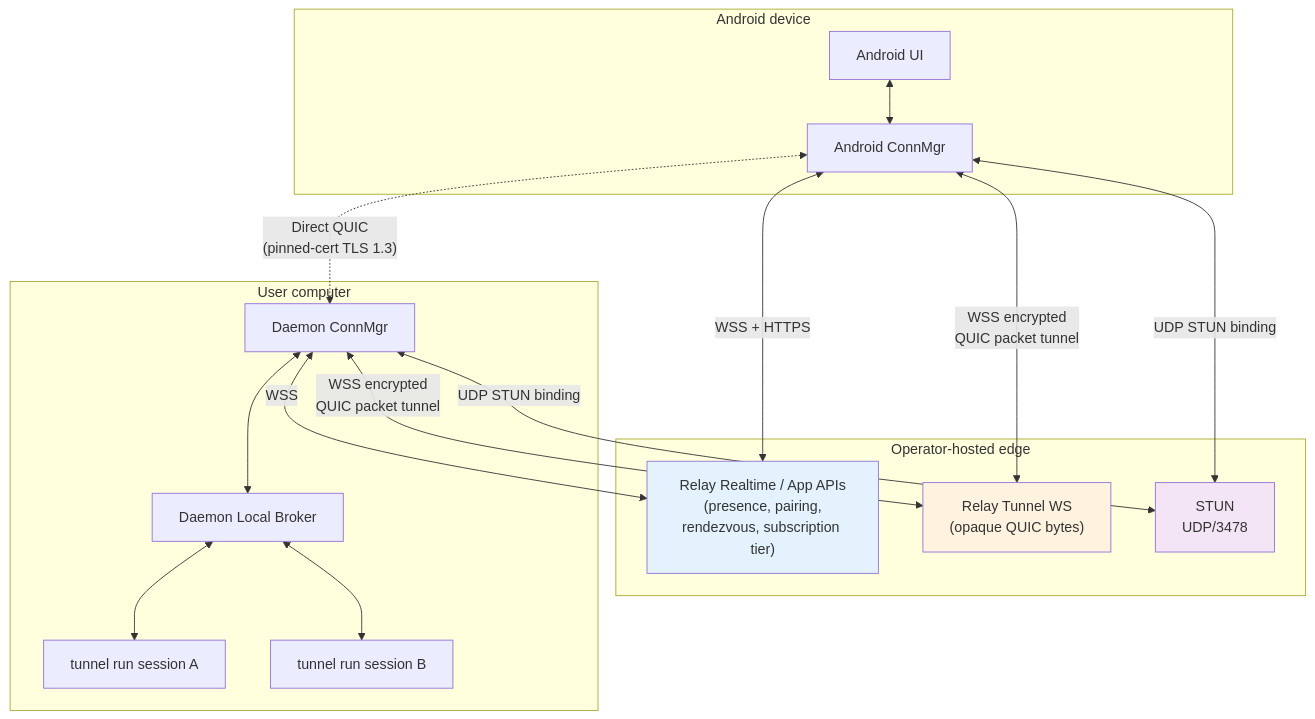
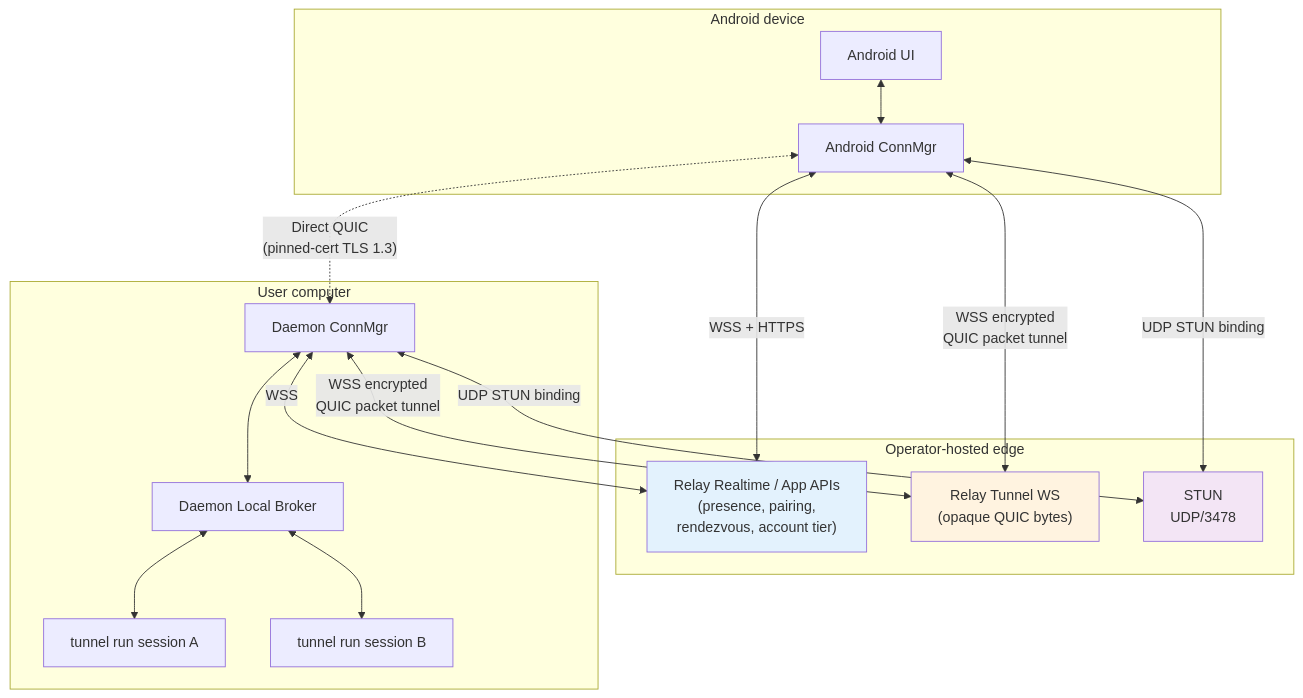
Before and after one commit to yuanbohan/agent-tunnel: the diagram in docs/connectivity/architecture.md, drawn with Mermaid. The commit also changed other lines of this file and 237 other files, not shown here.

````diff
--- a/docs/connectivity/architecture.md
+++ b/docs/connectivity/architecture.md
@@ -25,34 +25,34 @@
 ```mermaid
 flowchart TB
     subgraph Android["Android device"]
         AUI[Android UI]
         ACM[Android ConnMgr]
     end
     subgraph Edge["Operator-hosted edge"]
-        RRT["Relay Realtime / App APIs<br/>(presence, pairing,<br/>rendezvous, subscription tier)"]
+        RRT["Relay Realtime / App APIs<br/>(presence, pairing,<br/>rendezvous, account tier)"]
         RTUN["Relay Tunnel WS<br/>(opaque QUIC bytes)"]
         STUN["STUN<br/>UDP/3478"]
     end
     subgraph Computer["User computer"]
         DCM[Daemon ConnMgr]
         DBR[Daemon Local Broker]
         TR1["tunnel run session A"]
         TR2["tunnel run session B"]
     end
 
     AUI <--> ACM
     ACM <-->|"WSS + HTTPS"| RRT
     DCM <-->|"WSS"| RRT
     ACM <-->|"UDP STUN binding"| STUN
     DCM <-->|"UDP STUN binding"| STUN
     ACM <-.->|"Direct QUIC<br/>(pinned-cert TLS 1.3)"| DCM
     ACM <-->|"WSS encrypted<br/>QUIC packet tunnel"| RTUN
     DCM <-->|"WSS encrypted<br/>QUIC packet tunnel"| RTUN
     DCM <--> DBR
     DBR <--> TR1
     DBR <--> TR2
 
     style RRT fill:#e3f2fd
     style RTUN fill:#fff3e0
     style STUN fill:#f3e5f5
 ```
````
